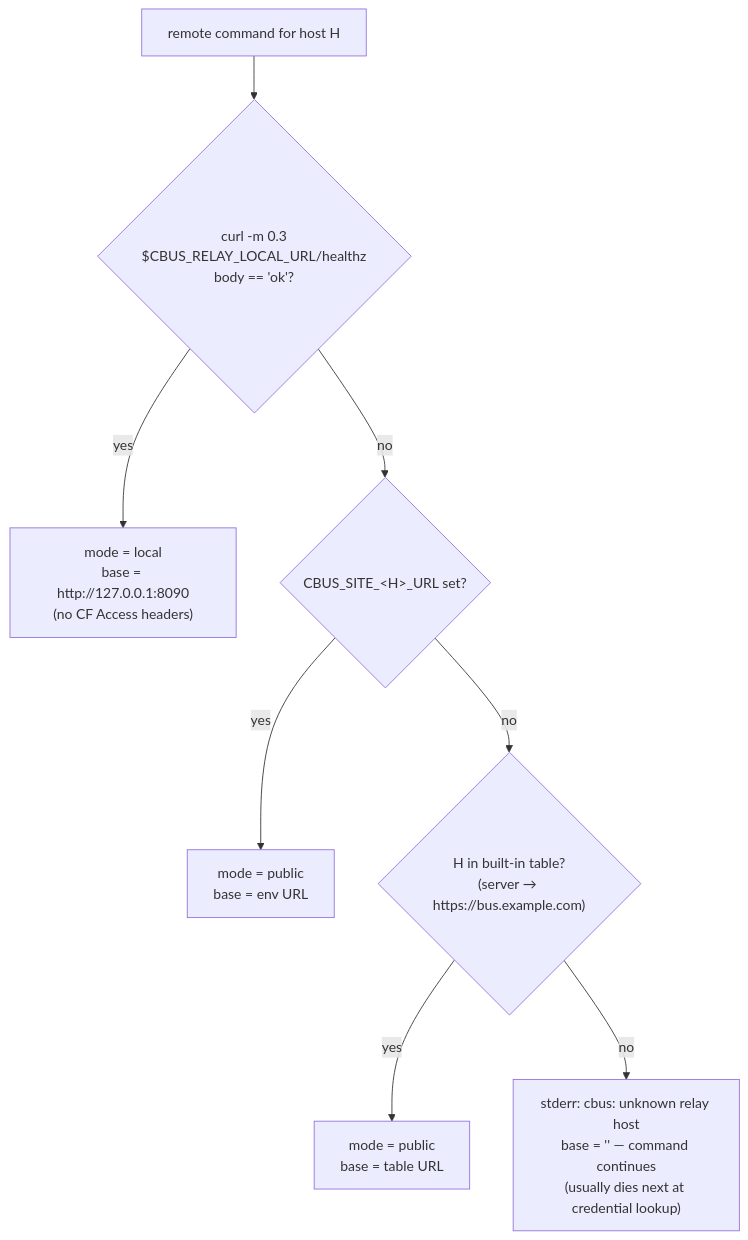
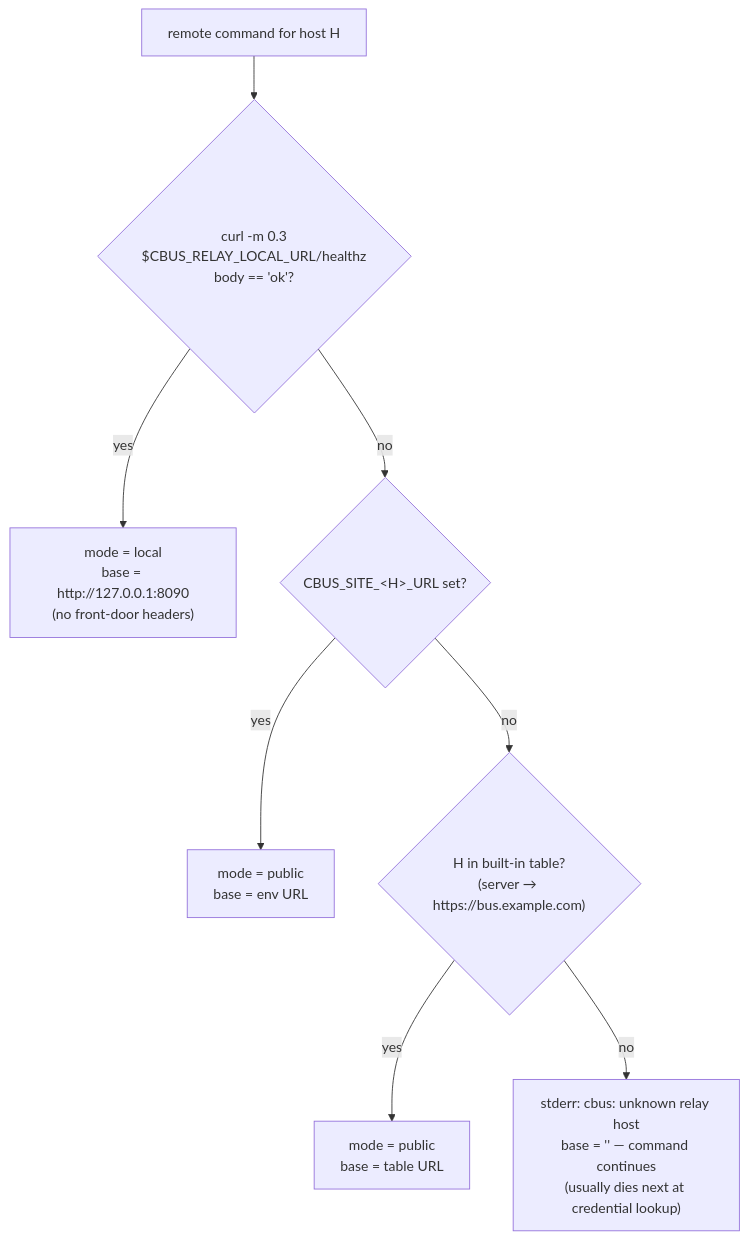
Before and after one commit to cumanzor/claudebus: the first of 6 diagrams in docs/architecture/command-reference.md, drawn with Mermaid. The commit also changed other lines of this file and 6 other files, not shown here.

````diff
--- a/docs/architecture/command-reference.md
+++ b/docs/architecture/command-reference.md
@@ -379,10 +379,10 @@
 ```mermaid
 flowchart TD
     A["remote command for host H"] --> B{"curl -m 0.3\n$CBUS_RELAY_LOCAL_URL/healthz\nbody == 'ok'?"}
-    B -- yes --> C["mode = local\nbase = http://127.0.0.1:8090\n(no CF Access headers)"]
+    B -- yes --> C["mode = local\nbase = http://127.0.0.1:8090\n(no front-door headers)"]
     B -- no --> D{"CBUS_SITE_&lt;H&gt;_URL set?"}
     D -- yes --> E["mode = public\nbase = env URL"]
     D -- no --> F{"H in built-in table?\n(server → https://bus.example.com)"}
     F -- yes --> G["mode = public\nbase = table URL"]
     F -- no --> H["stderr: cbus: unknown relay host\nbase = '' — command continues\n(usually dies next at credential lookup)"]
 ```
````
